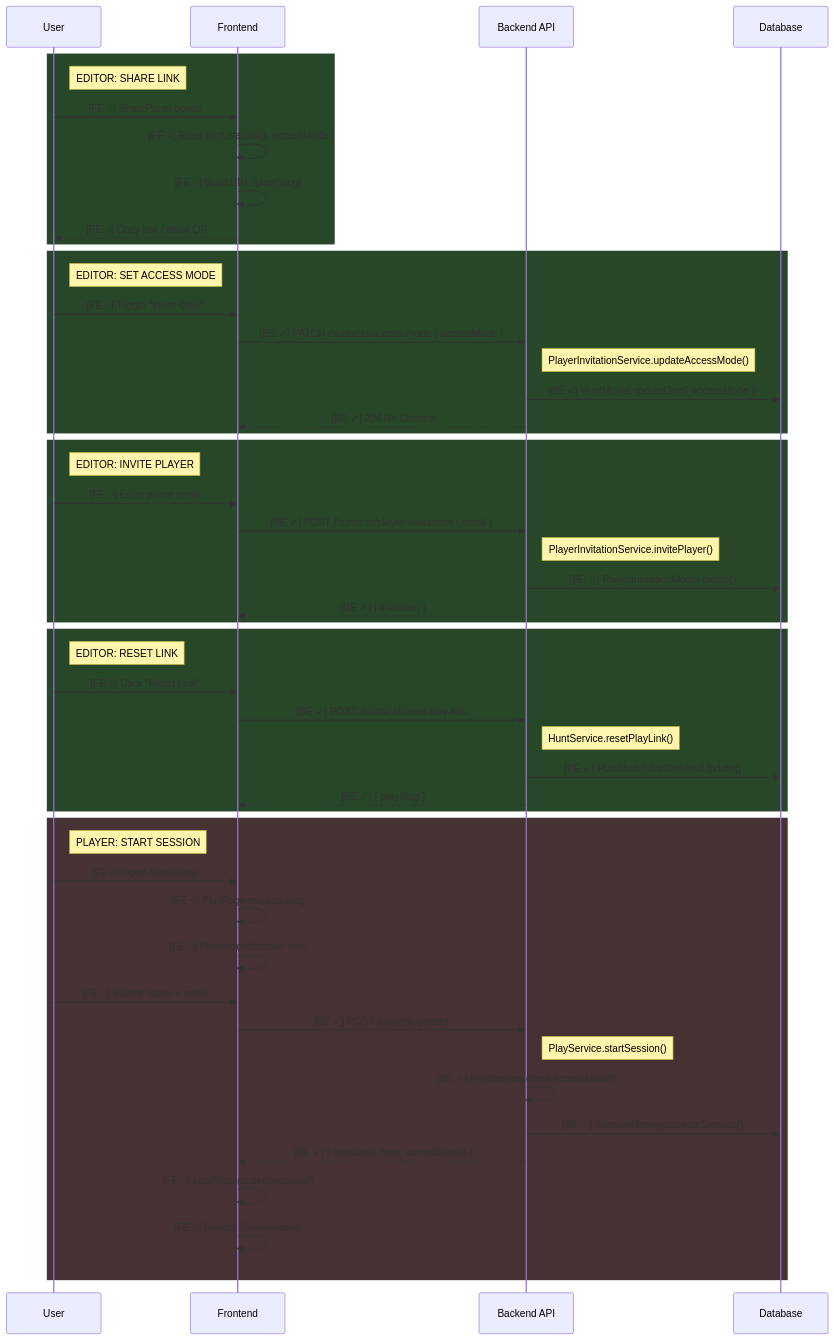
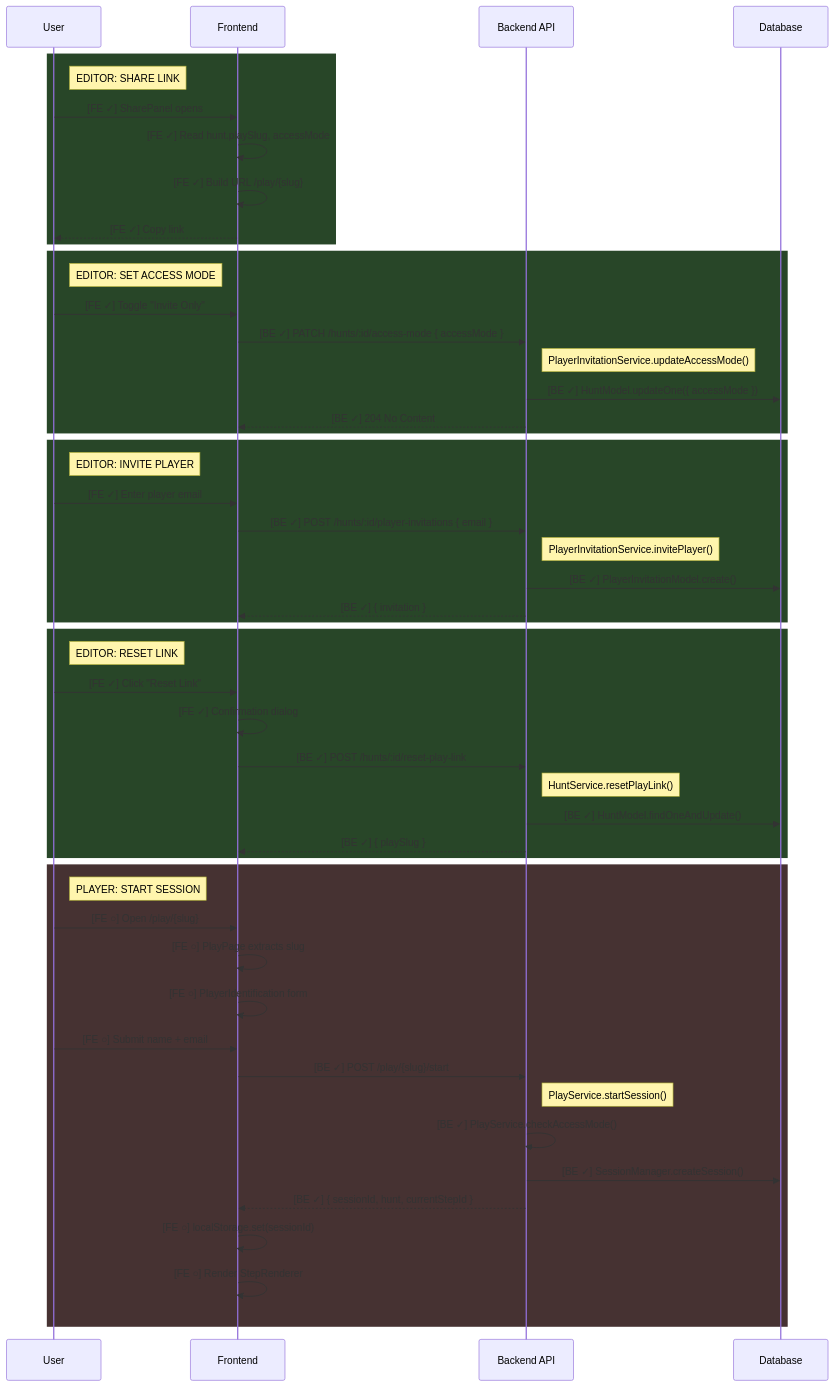
The first of 2 diagrams in .claude/features/play-link-sharing.md (catalinleca/HuntHub), drawn with Mermaid before and after one commit. The commit also changed other lines of this file and 6 other files, not shown here.

Commit message:
add reset hunt play link

````diff
--- a/.claude/features/play-link-sharing.md
+++ b/.claude/features/play-link-sharing.md
@@ -23,57 +33,58 @@
 ```mermaid
 sequenceDiagram
     participant U as User
     participant FE as Frontend
     participant API as Backend API
     participant DB as Database
 
     rect rgb(40, 70, 40)
     Note right of U: EDITOR: SHARE LINK
-    U->>FE: [FE ○] SharePanel opens
-    FE->>FE: [FE ○] Read hunt.playSlug, accessMode
-    FE->>FE: [FE ○] Build URL /play/{slug}
-    FE-->>U: [FE ○] Copy link / show QR
+    U->>FE: [FE ✓] SharePanel opens
+    FE->>FE: [FE ✓] Read hunt.playSlug, accessMode
+    FE->>FE: [FE ✓] Build URL /play/{slug}
+    FE-->>U: [FE ✓] Copy link
     end
 
     rect rgb(40, 70, 40)
     Note right of U: EDITOR: SET ACCESS MODE
-    U->>FE: [FE ○] Toggle "Invite Only"
+    U->>FE: [FE ✓] Toggle "Invite Only"
     FE->>API: [BE ✓] PATCH /hunts/:id/access-mode { accessMode }
     Note right of API: PlayerInvitationService.updateAccessMode()
     API->>DB: [BE ✓] HuntModel.updateOne({ accessMode })
     API-->>FE: [BE ✓] 204 No Content
     end
 
     rect rgb(40, 70, 40)
     Note right of U: EDITOR: INVITE PLAYER
-    U->>FE: [FE ○] Enter player email
+    U->>FE: [FE ✓] Enter player email
     FE->>API: [BE ✓] POST /hunts/:id/player-invitations { email }
     Note right of API: PlayerInvitationService.invitePlayer()
     API->>DB: [BE ✓] PlayerInvitationModel.create()
     API-->>FE: [BE ✓] { invitation }
     end
 
     rect rgb(40, 70, 40)
     Note right of U: EDITOR: RESET LINK
-    U->>FE: [FE ○] Click "Reset Link"
+    U->>FE: [FE ✓] Click "Reset Link"
+    FE->>FE: [FE ✓] Confirmation dialog
     FE->>API: [BE ✓] POST /hunts/:id/reset-play-link
     Note right of API: HuntService.resetPlayLink()
     API->>DB: [BE ✓] HuntModel.findOneAndUpdate()
     API-->>FE: [BE ✓] { playSlug }
     end
 
     rect rgb(70, 50, 50)
     Note right of U: PLAYER: START SESSION
     U->>FE: [FE ○] Open /play/{slug}
     FE->>FE: [FE ○] PlayPage extracts slug
     FE->>FE: [FE ○] PlayerIdentification form
     U->>FE: [FE ○] Submit name + email
     FE->>API: [BE ✓] POST /play/{slug}/start
     Note right of API: PlayService.startSession()
     API->>API: [BE ✓] PlayService.checkAccessMode()
     API->>DB: [BE ✓] SessionManager.createSession()
     API-->>FE: [BE ✓] { sessionId, hunt, currentStepId }
     FE->>FE: [FE ○] localStorage.set(sessionId)
     FE->>FE: [FE ○] Render StepRenderer
     end
 ```
````
